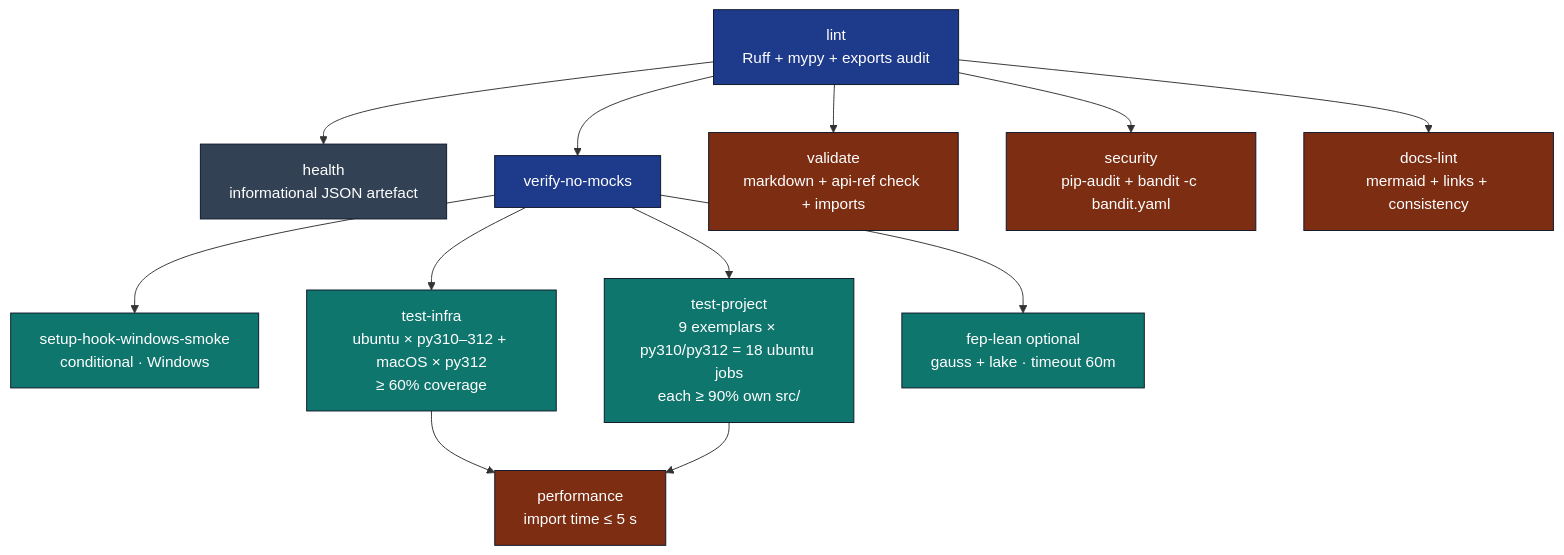
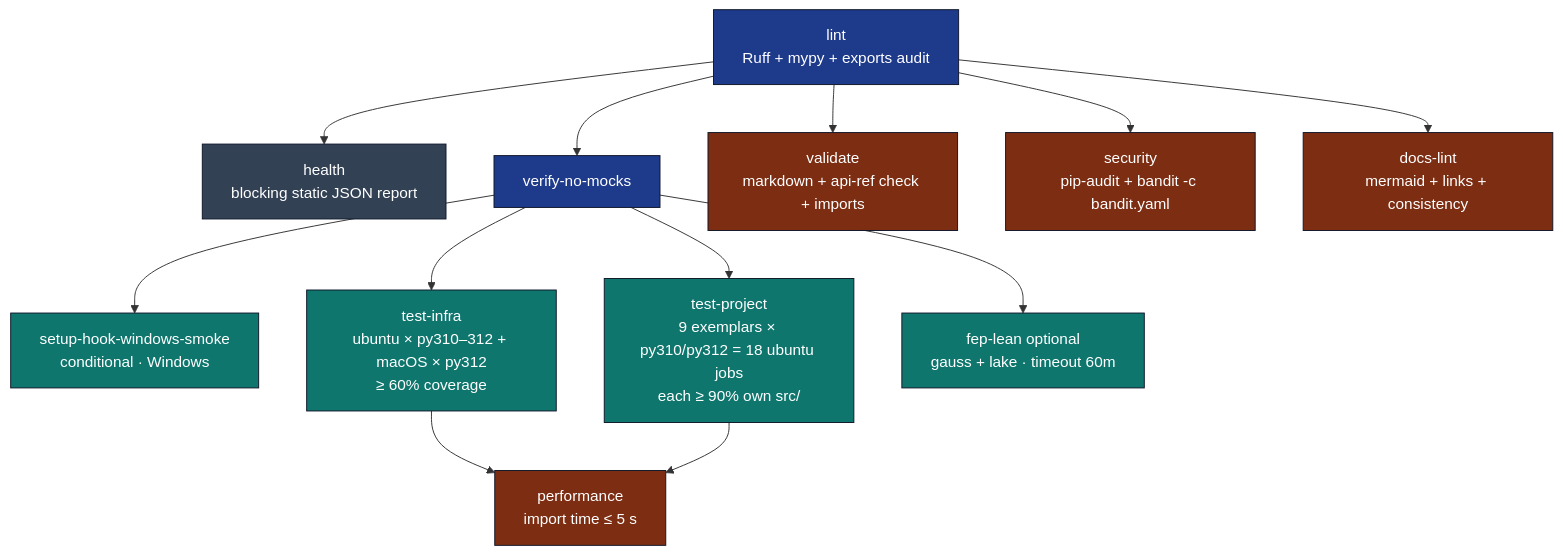
The diagram in .github/workflows/README.md (docxology/template), drawn with Mermaid before and after one commit. The commit also changed 11 other files, not shown here.

Commit message:
fix(ci): share real docs tooling with static health

````diff
--- a/.github/workflows/README.md
+++ b/.github/workflows/README.md
@@ -21,23 +21,23 @@
 ```mermaid
 flowchart TB
-    LINT[lint<br/>Ruff + mypy + exports audit] --> HEALTH[health<br/>informational JSON artefact]
+    LINT[lint<br/>Ruff + mypy + exports audit] --> HEALTH[health<br/>blocking static JSON report]
     LINT --> VNM[verify-no-mocks]
     LINT --> VAL[validate<br/>markdown + api-ref check + imports]
     LINT --> SEC[security<br/>pip-audit + bandit -c bandit.yaml]
     LINT --> DL[docs-lint<br/>mermaid + links + consistency]
     VNM --> SHW[setup-hook-windows-smoke<br/>conditional · Windows]
     VNM --> TI[test-infra<br/>ubuntu × py310–312 + macOS × py312<br/>≥ 60% coverage]
     VNM --> TP[test-project<br/>9 exemplars × py310/py312 = 18 ubuntu jobs<br/>each ≥ 90% own src/]
     VNM --> FL[fep-lean optional<br/>gauss + lake · timeout 60m]
     TI --> PERF[performance<br/>import time ≤ 5 s]
     TP --> PERF
 
     classDef gate fill:#1e3a8a,stroke:#0f172a,color:#fff
     classDef matrix fill:#0f766e,stroke:#0f172a,color:#fff
     classDef terminal fill:#7c2d12,stroke:#0f172a,color:#fff
     classDef info fill:#334155,stroke:#0f172a,color:#fff
     class LINT,VNM gate
     class TI,TP,FL,SHW matrix
     class VAL,SEC,DL,PERF terminal
     class HEALTH info
 ```
````
